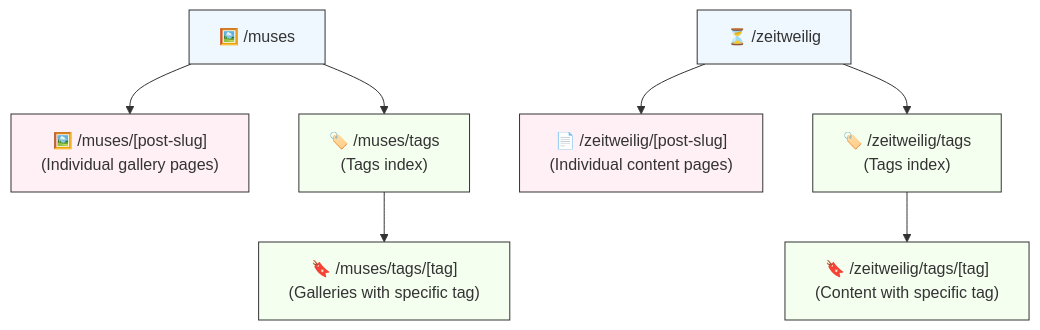
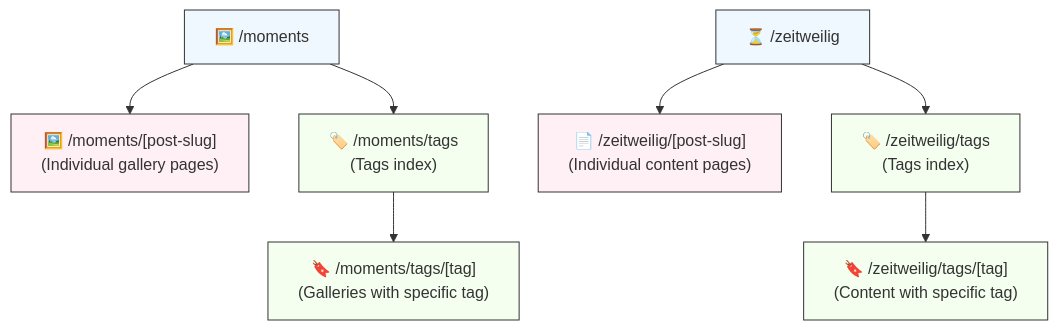
Before and after one commit to michalroziel/revista-3: the ninth of 9 diagrams in README.md, drawn with Mermaid. The commit also changed other lines of this file and 55 other files, not shown here.

````diff
--- a/README.md
+++ b/README.md
@@ -393,20 +393,20 @@
 ```mermaid
 graph TD
     classDef staticRoute fill:#f0f8ff,stroke:#333,stroke-width:1px
     classDef dynamicRoute fill:#fff0f5,stroke:#333,stroke-width:1px
     classDef tagRoute fill:#f5fff0,stroke:#333,stroke-width:1px
     
-    %% Muses routes
-    G["🖼️ /muses"] --> O["🖼️ /muses/[post-slug]<br>(Individual gallery pages)"]
-    G --> P["🏷️ /muses/tags<br>(Tags index)"]
-    P --> Q["🔖 /muses/tags/[tag]<br>(Galleries with specific tag)"]
+    %% moments routes
+    G["🖼️ /moments"] --> O["🖼️ /moments/[post-slug]<br>(Individual gallery pages)"]
+    G --> P["🏷️ /moments/tags<br>(Tags index)"]
+    P --> Q["🔖 /moments/tags/[tag]<br>(Galleries with specific tag)"]
     
     %% Zeitweilig routes
     H["⏳ /zeitweilig"] --> R["📄 /zeitweilig/[post-slug]<br>(Individual content pages)"]
     H --> S["🏷️ /zeitweilig/tags<br>(Tags index)"]
     S --> T["🔖 /zeitweilig/tags/[tag]<br>(Content with specific tag)"]
     
     class G,H staticRoute
     class O,R dynamicRoute
     class P,Q,S,T tagRoute
 ```
````
